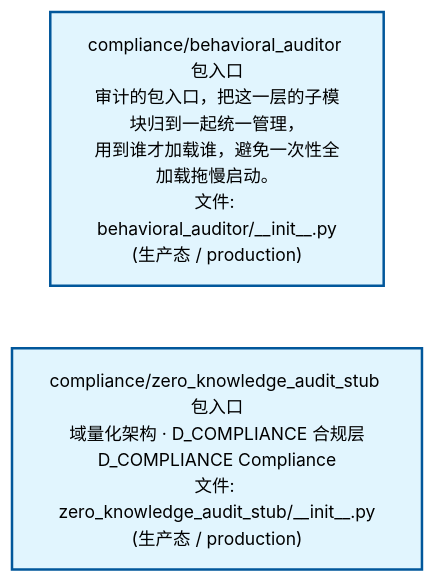
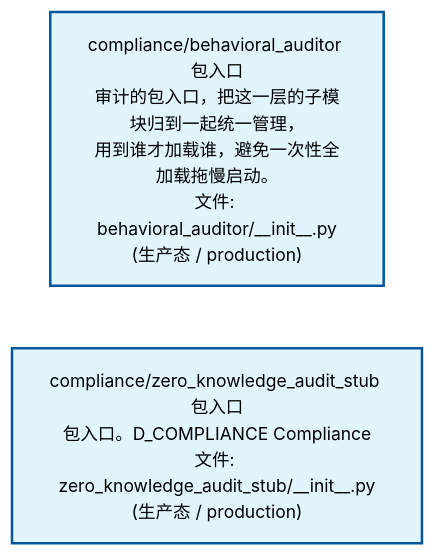
The second of 4 diagrams in docs/02_enterprise_architecture/02_domain_architecture_docs/38_d_compliance.md (xuanFelixVan/ZephyrAlpha), drawn with Mermaid before and after one commit. The commit also changed other lines of this file and 45 other files, not shown here.

````diff
--- a/docs/02_enterprise_architecture/02_domain_architecture_docs/38_d_compliance.md
+++ b/docs/02_enterprise_architecture/02_domain_architecture_docs/38_d_compliance.md
@@ -92,12 +92,12 @@
 ```mermaid
 %%{init: {'theme': 'base', 'themeVariables': {'primaryColor': '#eaeaea', 'primaryTextColor': '#333333', 'primaryBorderColor': '#666666', 'lineColor': '#666666', 'secondaryColor': '#eaeaea', 'tertiaryColor': '#eaeaea', 'fontSize': '14px'}}}%%
 flowchart TD
     src_zephyr_compliance_behavioral_auditor_init_py["compliance/behavioral_auditor 包入口<br/>审计的包入口，把这一层的子模块归到一起统一管理，<br/>用到谁才加载谁，避免一次性全加载拖慢启动。<br/>文件: behavioral_auditor/__init__.py<br/>(生产态 / production)"]
-    src_zephyr_compliance_zero_knowledge_audit_stub_init_py["compliance/zero_knowledge_audit_stub 包入口<br/>域量化架构 · D_COMPLIANCE 合规层<br/>D_COMPLIANCE Compliance<br/>文件: zero_knowledge_audit_stub/__init__.py<br/>(生产态 / production)"]
+    src_zephyr_compliance_zero_knowledge_audit_stub_init_py["compliance/zero_knowledge_audit_stub 包入口<br/>包入口。D_COMPLIANCE Compliance<br/>文件: zero_knowledge_audit_stub/__init__.py<br/>(生产态 / production)"]
     src_zephyr_compliance_behavioral_auditor_init_py ~~~ src_zephyr_compliance_zero_knowledge_audit_stub_init_py
     classDef production fill:#e1f5fe,stroke:#01579b,stroke-width:2px,color:#000
     classDef design fill:#fff3e0,stroke:#e65100,stroke-width:2px,color:#000,stroke-dasharray: 5 5
     classDef external_prod fill:#e8f4fd,stroke:#0277bd,stroke-width:1px,color:#000
     classDef external_design fill:#fff8e7,stroke:#ef6c00,stroke-width:1px,color:#000,stroke-dasharray: 5 5
     class src_zephyr_compliance_behavioral_auditor_init_py,src_zephyr_compliance_zero_knowledge_audit_stub_init_py production
 ```
````
